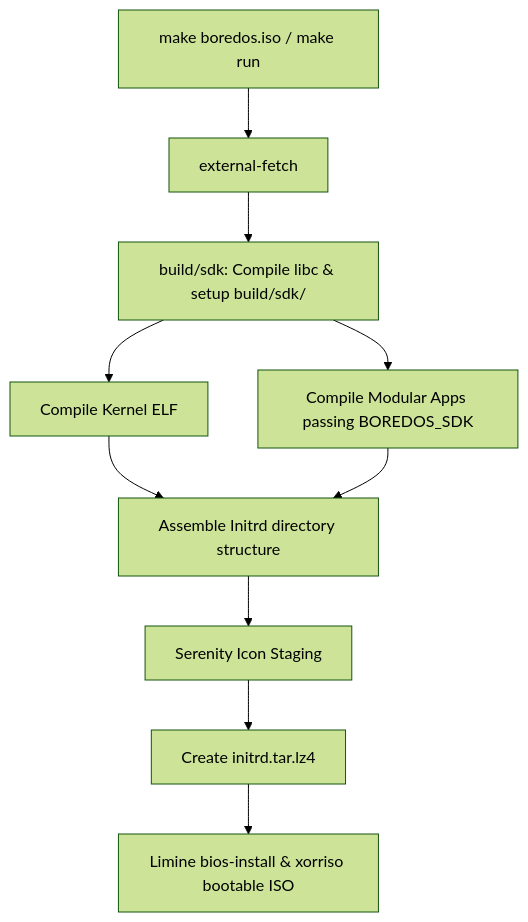
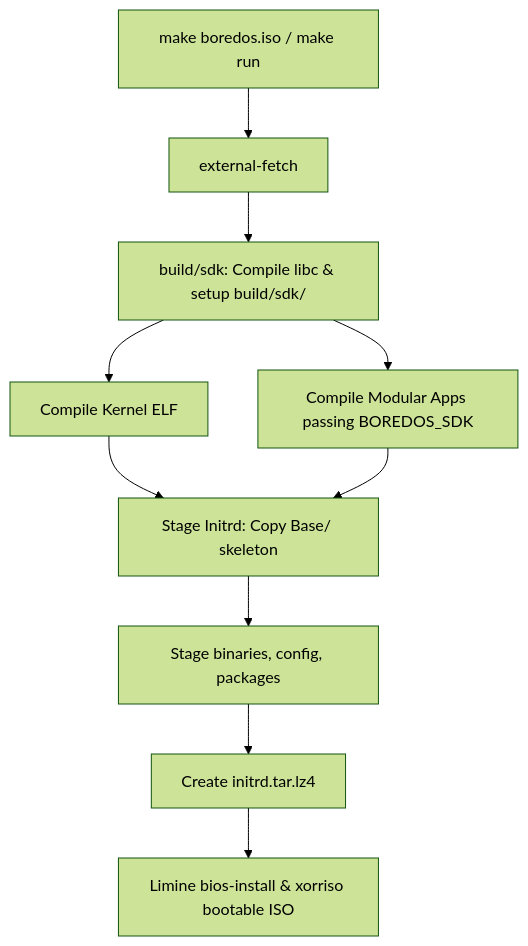
The diagram in docs/build/usage.md (seuros/BoredOS), drawn with Mermaid (forest theme) before and after one commit. The commit also changed other lines of this file and 37 other files, not shown here.

````diff
--- a/docs/build/usage.md
+++ b/docs/build/usage.md
@@ -27,12 +27,12 @@
 ```mermaid
 graph TD
     A[make boredos.iso / make run] --> B[external-fetch]
     B --> C[build/sdk: Compile libc & setup build/sdk/]
     C --> D[Compile Kernel ELF]
     C --> E[Compile Modular Apps passing BOREDOS_SDK]
-    D --> F[Assemble Initrd directory structure]
+    D --> F[Stage Initrd: Copy Base/ skeleton]
     E --> F
-    F --> G[Serenity Icon Staging]
+    F --> G[Stage binaries, config, packages]
     G --> H[Create initrd.tar.lz4]
     H --> I[Limine bios-install & xorriso bootable ISO]
 ```
````
